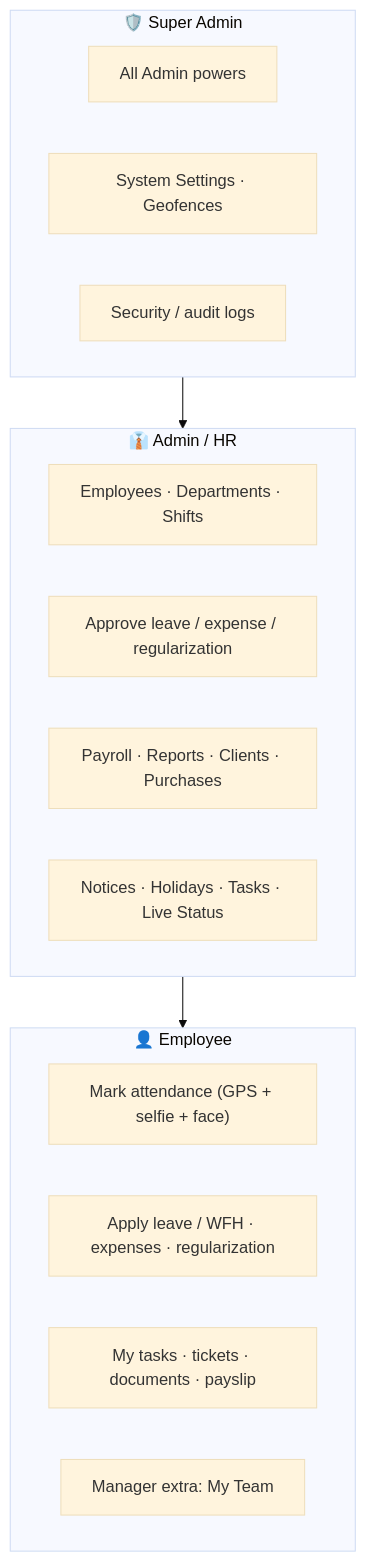
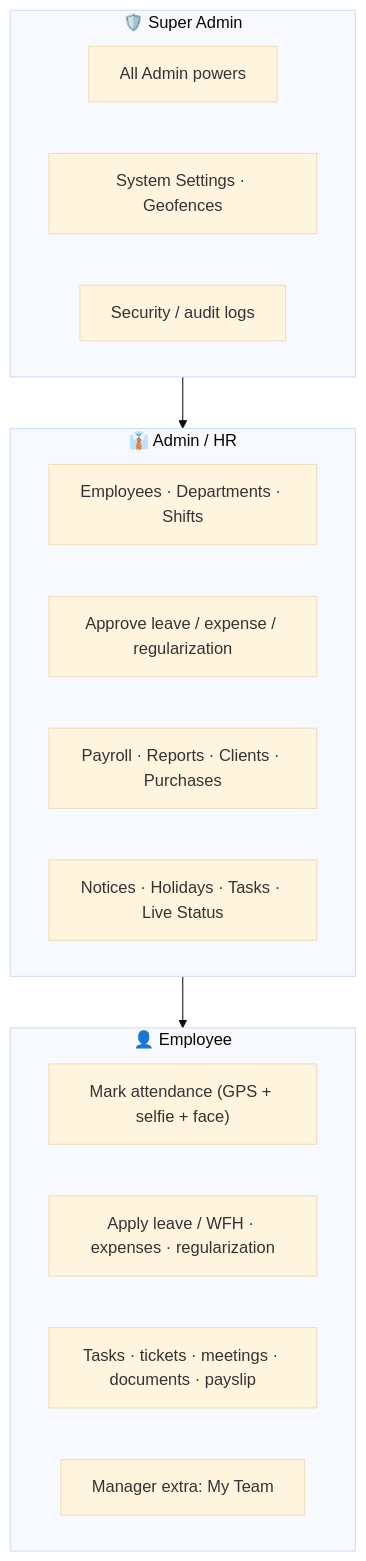
One commit to anantha-ctrl/GeoAttendPro changed the ninth of 13 diagrams in README.md. Above: the diagram before and after it, drawn with Mermaid (base theme). The commit also changed other lines of this file and 20 other files, not shown here.

````diff
--- a/README.md
+++ b/README.md
@@ -148,21 +163,21 @@
 ```mermaid
 flowchart TD
   subgraph SA["🛡️ Super Admin"]
     SA1["All Admin powers"]
     SA2["System Settings · Geofences"]
     SA3["Security / audit logs"]
   end
   subgraph AD["👔 Admin / HR"]
     AD1["Employees · Departments · Shifts"]
     AD2["Approve leave / expense / regularization"]
     AD3["Payroll · Reports · Clients · Purchases"]
     AD4["Notices · Holidays · Tasks · Live Status"]
   end
   subgraph EM["👤 Employee"]
     EM1["Mark attendance (GPS + selfie + face)"]
     EM2["Apply leave / WFH · expenses · regularization"]
-    EM3["My tasks · tickets · documents · payslip"]
+    EM3["Tasks · tickets · meetings · documents · payslip"]
     EM4["Manager extra: My Team"]
   end
   SA --> AD --> EM
 ```
````
